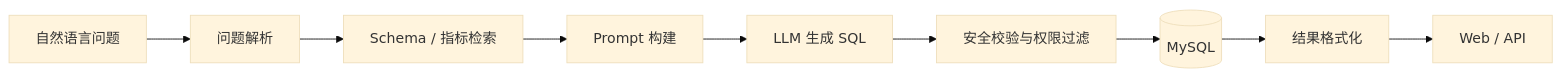
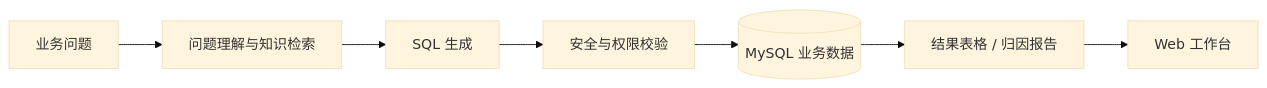
The diagram in README.md (ChiYuouo/ChatBI), drawn with Mermaid (base theme) before and after one commit. The commit also changed other lines of this file and 6 other files, not shown here.

````diff
--- a/README.md
+++ b/README.md
@@ -17,11 +19,9 @@
 ```mermaid
 flowchart LR
-    A[自然语言问题] --> B[问题解析]
-    B --> C[Schema / 指标检索]
-    C --> D[Prompt 构建]
-    D --> E[LLM 生成 SQL]
-    E --> F[安全校验与权限过滤]
-    F --> G[(MySQL)]
-    G --> H[结果格式化]
-    H --> I[Web / API]
+    A[业务问题] --> B[问题理解与知识检索]
+    B --> C[SQL 生成]
+    C --> D[安全与权限校验]
+    D --> E[(MySQL 业务数据)]
+    E --> F[结果表格 / 归因报告]
+    F --> G[Web 工作台]
 ```
````
